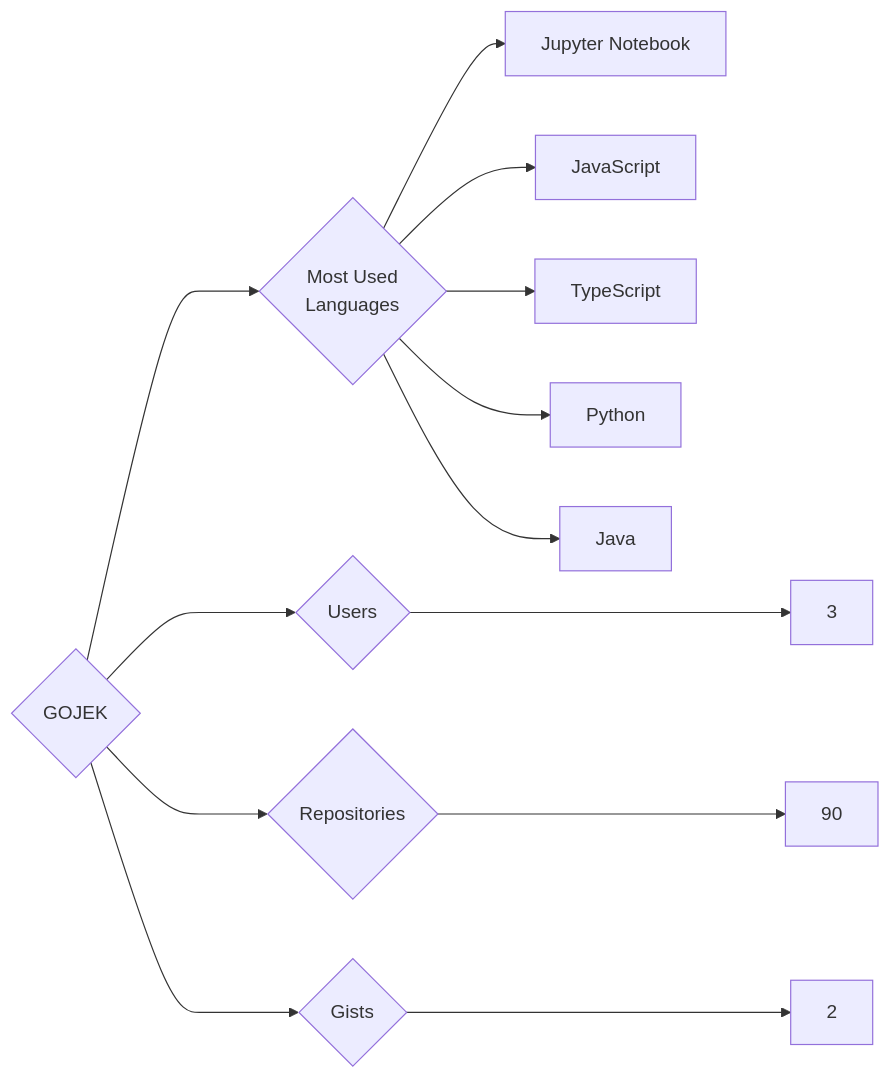
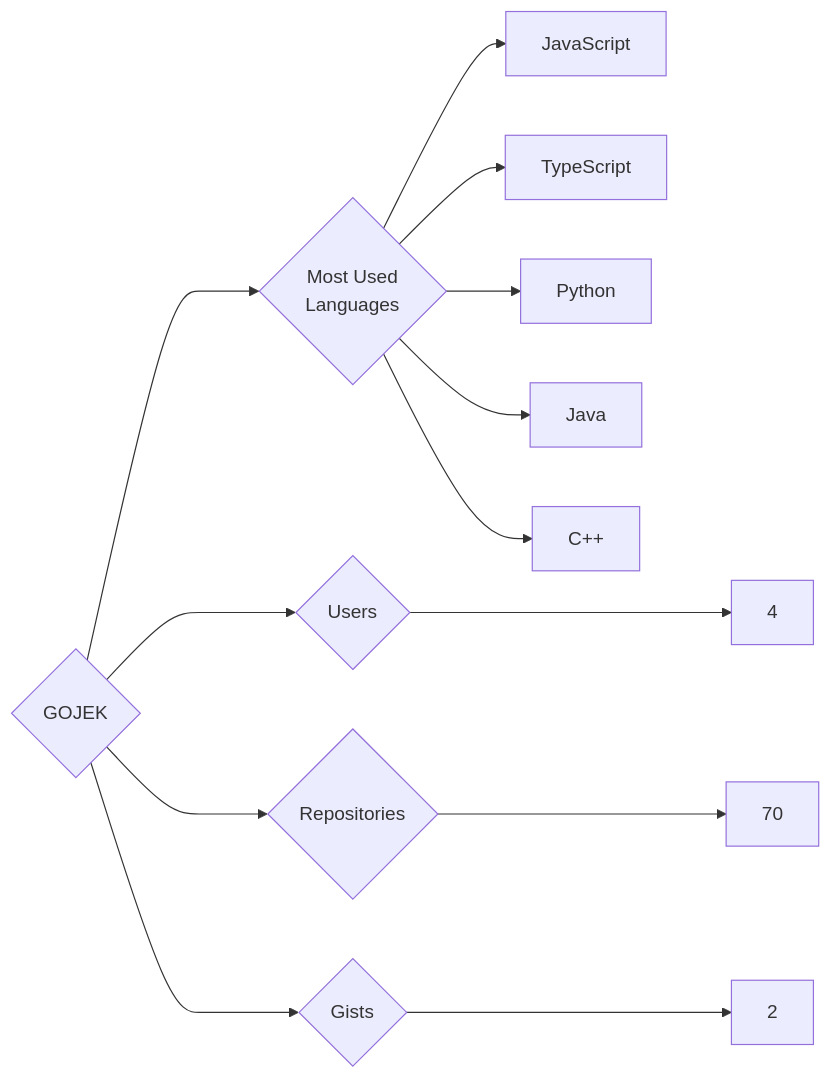
One commit to trickest/insiders changed the diagram in targets/GOJEK/README.md. Above: the diagram before and after it, drawn with Mermaid. The commit also changed 938 other files, not shown here.

````diff
--- a/targets/GOJEK/README.md
+++ b/targets/GOJEK/README.md
@@ -3,13 +3,13 @@
 ```mermaid
 graph LR
 COMPANY_NAME{GOJEK}
-COMPANY_NAME ---> U{Users} ---> UN[3]
-COMPANY_NAME ---> R{Repositories} ---> RN[90]
+COMPANY_NAME ---> U{Users} ---> UN[4]
+COMPANY_NAME ---> R{Repositories} ---> RN[70]
 COMPANY_NAME ---> G{Gists} ---> GN[2]
 COMPANY_NAME ---> ML{Most Used<br>Languages}
-ML --> Jupyter_Notebook[Jupyter Notebook]
 ML --> JavaScript[JavaScript]
 ML --> TypeScript[TypeScript]
 ML --> Python[Python]
 ML --> Java[Java]
+ML --> C++[C++]
 ```
````
